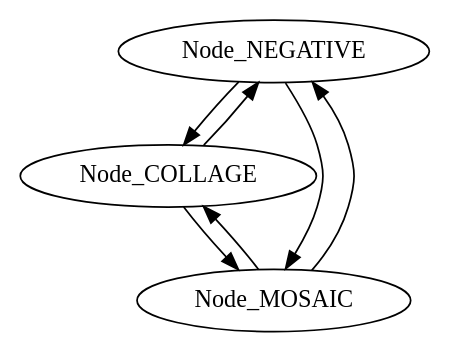
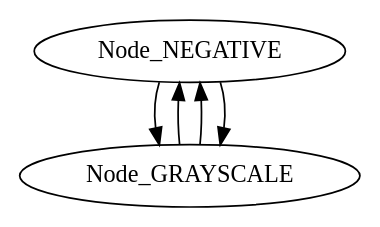
Before and after one commit to EH0809/EDD_2S2019_PY1_201520498: the diagram in ListFilters.dot, drawn with Graphviz.

```diff
--- a/ListFilters.dot
+++ b/ListFilters.dot
@@ -1,10 +1,8 @@
 digraph G { 
 ranksep=.50; 
  rankdir=TB; 
-Node_NEGATIVE-> Node_COLLAGE
-Node_COLLAGE-> Node_NEGATIVE
-Node_COLLAGE-> Node_MOSAIC
-Node_MOSAIC-> Node_COLLAGE
-Node_MOSAIC-> Node_NEGATIVE
-Node_NEGATIVE-> Node_MOSAIC
-Node_MOSAIC}
+Node_NEGATIVE-> Node_GRAYSCALE
+Node_GRAYSCALE-> Node_NEGATIVE
+Node_GRAYSCALE-> Node_NEGATIVE
+Node_NEGATIVE-> Node_GRAYSCALE
+Node_GRAYSCALE}
```
